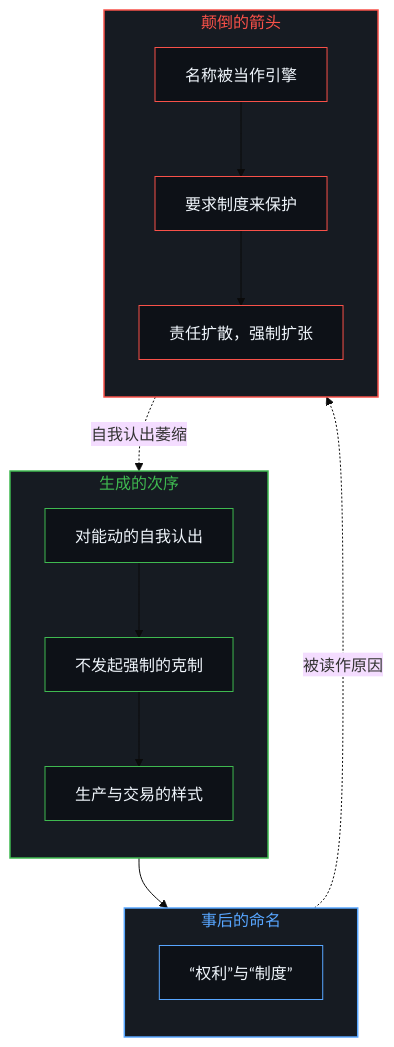
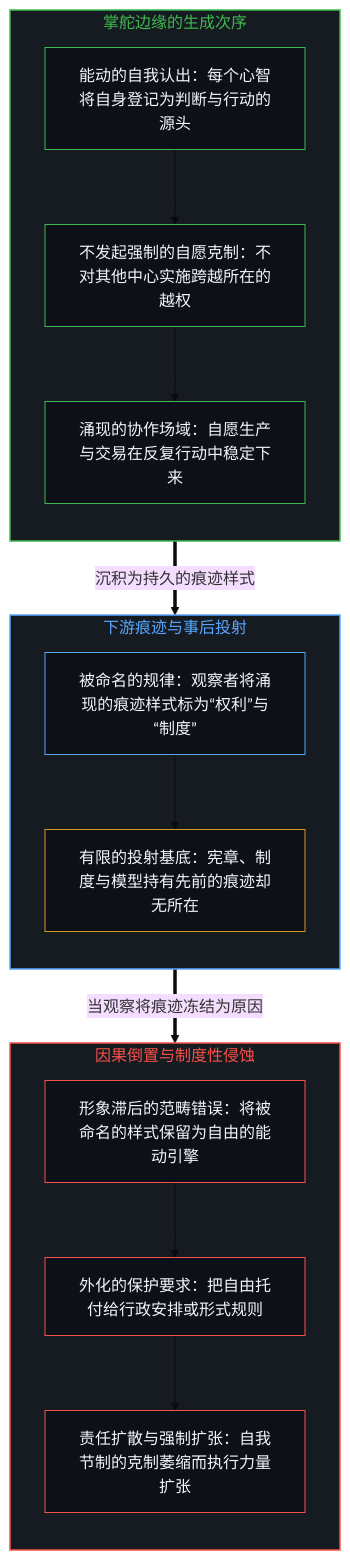
The first of 2 diagrams in content/posts/the-misallocation-of-agency.md (powerpig99/not-a-toe), drawn with Mermaid (base theme) before and after one commit. The commit also changed other lines of this file and 1 other file, not shown here.

````diff
--- a/content/posts/the-misallocation-of-agency.md
+++ b/content/posts/the-misallocation-of-agency.md
@@ -81,32 +63,40 @@
 ```mermaid
 flowchart TD
-    subgraph S_Gen["生成的次序"]
+    subgraph S_Gen["掌舵边缘的生成次序"]
         direction TB
-        G1["对能动的自我认出"]
-        G2["不发起强制的克制"]
-        G3["生产与交易的样式"]
+        G1["能动的自我认出：每个心智将自身登记为判断与行动的源头"]
+        G2["不发起强制的自愿克制：不对其他中心实施跨越所在的越权"]
+        G3["涌现的协作场域：自愿生产与交易在反复行动中稳定下来"]
+        G1 --> G2 --> G3
     end
-    subgraph S_Name["事后的命名"]
+
+    subgraph S_Name["下游痕迹与事后投射"]
         direction TB
-        N1["“权利”与“制度”"]
+        N1["被命名的规律：观察者将涌现的痕迹样式标为“权利”与“制度”"]
+        N2["有限的投射基底：宪章、制度与模型持有先前的痕迹却无所在"]
+        N1 --> N2
     end
-    subgraph S_Rev["颠倒的箭头"]
+
+    subgraph S_Rev["因果倒置与制度性侵蚀"]
         direction TB
-        R1["名称被当作引擎"]
-        R2["要求制度来保护"]
-        R3["责任扩散，强制扩张"]
+        R1["形象滞后的范畴错误：将被命名的样式保留为自由的能动引擎"]
+        R2["外化的保护要求：把自由托付给行政安排或形式规则"]
+        R3["责任扩散与强制扩张：自我节制的克制萎缩而执行力量扩张"]
+        R1 --> R2 --> R3
     end
-    G1 --> G2 --> G3 --> N1
-    N1 -.->|"被读作原因"| R1 --> R2 --> R3
-    R3 -.->|"自我认出萎缩"| G1
+
+    G3 ==>|"沉积为持久的痕迹样式"| N1
+    N2 ==>|"当观察将痕迹冻结为原因"| R1
+
     style S_Gen fill:#161b22,stroke:#3fb950,stroke-width:1.5px,color:#3fb950
     style S_Name fill:#161b22,stroke:#58a6ff,stroke-width:1.5px,color:#58a6ff
     style S_Rev fill:#161b22,stroke:#f85149,stroke-width:1.5px,color:#f85149
     style G1 fill:#0d1117,stroke:#3fb950,stroke-width:1px,color:#f0f6fc
     style G2 fill:#0d1117,stroke:#3fb950,stroke-width:1px,color:#f0f6fc
     style G3 fill:#0d1117,stroke:#3fb950,stroke-width:1px,color:#f0f6fc
     style N1 fill:#0d1117,stroke:#58a6ff,stroke-width:1px,color:#f0f6fc
+    style N2 fill:#0d1117,stroke:#d29922,stroke-width:1px,color:#f0f6fc
     style R1 fill:#0d1117,stroke:#f85149,stroke-width:1px,color:#f0f6fc
     style R2 fill:#0d1117,stroke:#f85149,stroke-width:1px,color:#f0f6fc
     style R3 fill:#0d1117,stroke:#f85149,stroke-width:1px,color:#f0f6fc
 ```
````
